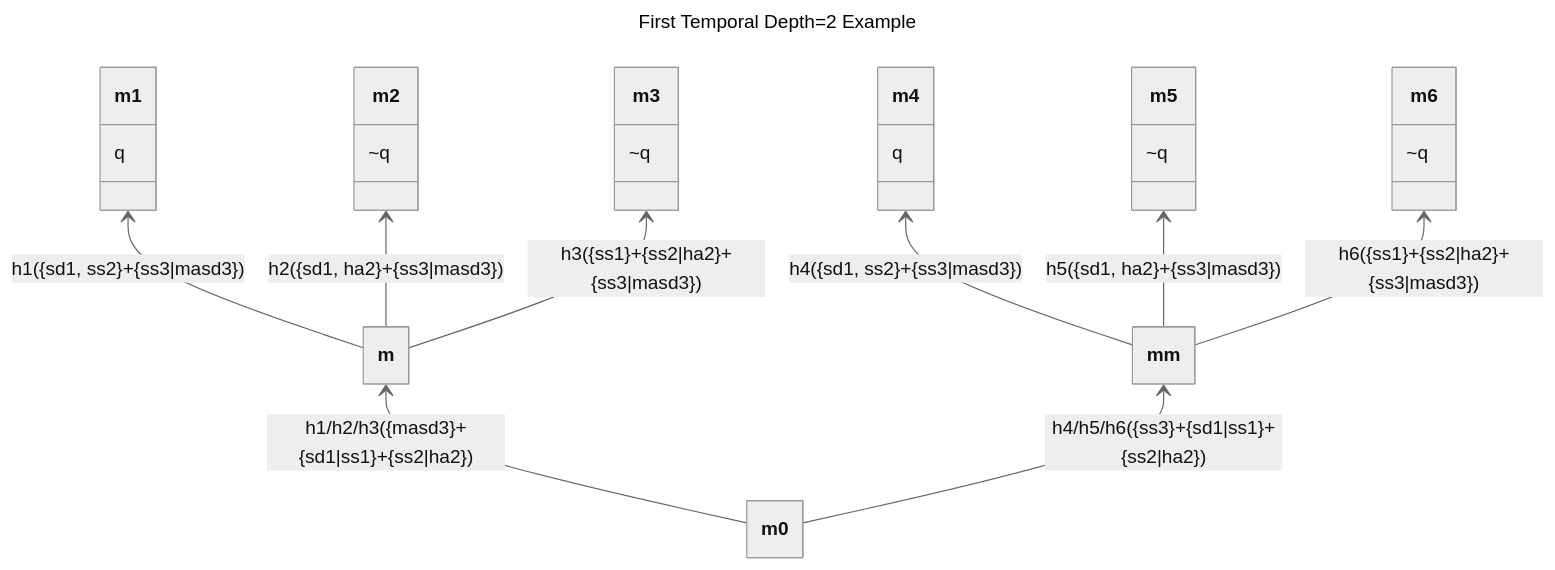
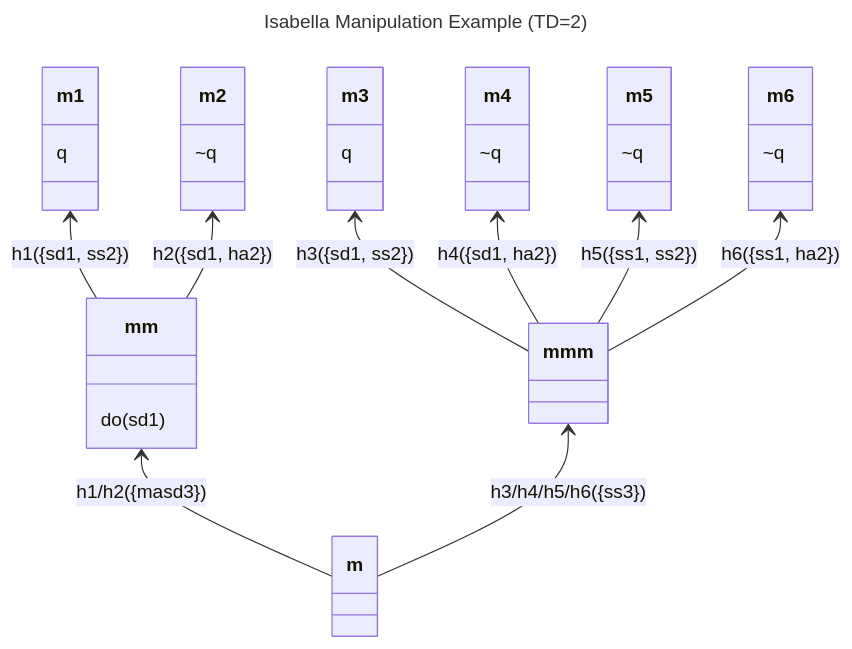
The diagram in streamlit_app/models/depth2_example.mmd (bparsia/alon-streamlit-app), drawn with Mermaid before and after one commit. The commit also changed 18 other files, not shown here.

```diff
--- a/streamlit_app/models/depth2_example.mmd
+++ b/streamlit_app/models/depth2_example.mmd
@@ -1,58 +1,55 @@
 ---
-title: First Temporal Depth=2 Example
+title: Isabella Manipulation Example (TD=2)
+description: Isabella manipulates Alice into shooting Dan. Chained responsibility across two temporal stages.
 type: DBT
-config:
-    class:
-      hideEmptyMembersBox: true
-    theme: neutral
 actions:
   1:
     - sd
     - ss
   2:
     - ss
     - ha
   3:
     - ss
     - masd
 opposings:
   sd1:
     - ha2
 aliases:
   1: Alice
   2: Beth
   3: Isabella
   sd: shoots Dan
   ss: stands still
   ha: hits Alice
   masd: manipulates Alice into shooting Dan
   q: Dan dies
 result: q
 evaluation_point: m/h1
+evaluate:
+  - - m/h1
+    - do(sd1)
+  - - mm/h1
+    - q
 ---
 classDiagram
 direction BT
 
-  class m0 {
-    }
-  m0 --> m : h1/h2/h3({masd3}+{sd1|ss1}+{ss2|ha2})
-  m0 --> mm : h4/h5/h6({ss3}+{sd1|ss1}+{ss2|ha2})
+  m --> mm : h1/h2({masd3})
+  m --> mmm : h3/h4/h5/h6({ss3})
 
-  class m {
-  }
-  m --> m1 : h1({sd1, ss2}+{ss3|masd3})
-  m --> m2 : h2({sd1, ha2}+{ss3|masd3})
-  m --> m3 : h3({ss1}+{ss2|ha2}+{ss3|masd3})
+  mm --> m1 : h1({sd1, ss2})
+  mm --> m2 : h2({sd1, ha2})
 
-  class mm {
-  }
-  mm --> m4 : h4({sd1, ss2}+{ss3|masd3})
-  mm --> m5 : h5({sd1, ha2}+{ss3|masd3})
-  mm --> m6 : h6({ss1}+{ss2|ha2}+{ss3|masd3})
+  mmm --> m3 : h3({sd1, ss2})
+  mmm --> m4 : h4({sd1, ha2})
+  mmm --> m5 : h5({ss1, ss2})
+  mmm --> m6 : h6({ss1, ha2})
 
+  mm: do(sd1)
   m1: q
   m2: ~q
-  m3: ~q
-  m4: q
+  m3: q
+  m4: ~q
   m5: ~q
   m6: ~q
```
